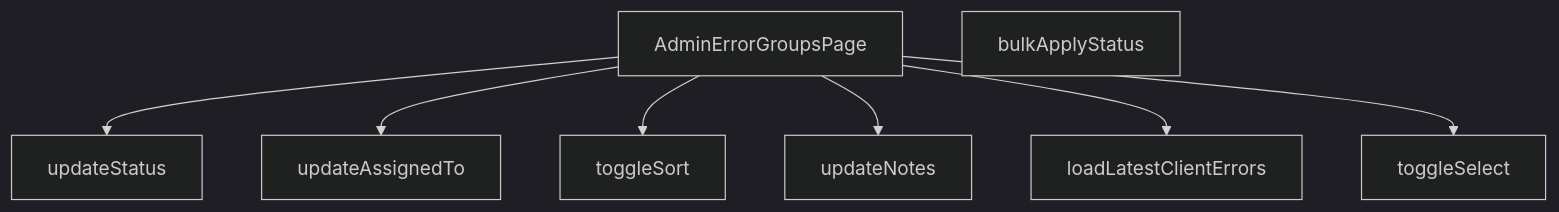
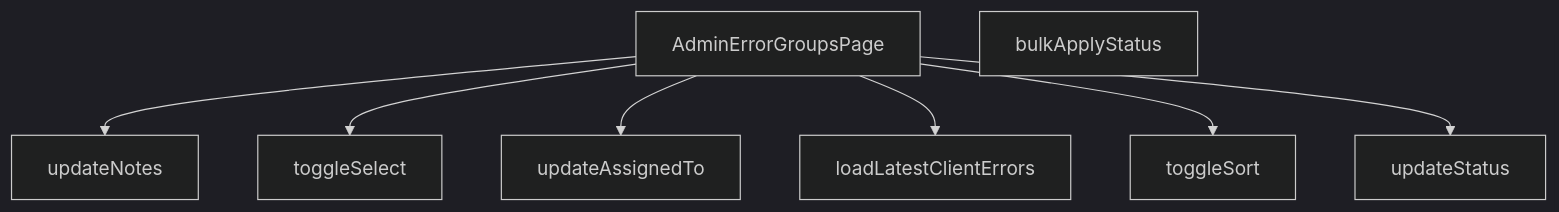
Before and after one commit to peckop/venthub-hvac-esite: the diagram in src/views/admin/AdminErrorGroupsPage.md, drawn with Mermaid (dark theme). The commit also changed other lines of this file and 88 other files, not shown here.

Commit message:
feat(saas): implement Phase 1 Foundation multi-tenancy core architecture

````diff
--- a/src/views/admin/AdminErrorGroupsPage.md
+++ b/src/views/admin/AdminErrorGroupsPage.md
@@ -361,17 +220,17 @@
 ```mermaid
 graph TD
     AdminErrorGroupsPage_tsx__AdminErrorGroupsPage["AdminErrorGroupsPage"]
     AdminErrorGroupsPage_tsx__bulkApplyStatus["bulkApplyStatus"]
     AdminErrorGroupsPage_tsx__loadLatestClientErrors["loadLatestClientErrors"]
     AdminErrorGroupsPage_tsx__toggleSelect["toggleSelect"]
     AdminErrorGroupsPage_tsx__toggleSort["toggleSort"]
     AdminErrorGroupsPage_tsx__updateAssignedTo["updateAssignedTo"]
     AdminErrorGroupsPage_tsx__updateNotes["updateNotes"]
     AdminErrorGroupsPage_tsx__updateStatus["updateStatus"]
+    AdminErrorGroupsPage_tsx__AdminErrorGroupsPage --> AdminErrorGroupsPage_tsx__updateNotes
+    AdminErrorGroupsPage_tsx__AdminErrorGroupsPage --> AdminErrorGroupsPage_tsx__toggleSelect
+    AdminErrorGroupsPage_tsx__AdminErrorGroupsPage --> AdminErrorGroupsPage_tsx__updateAssignedTo
+    AdminErrorGroupsPage_tsx__AdminErrorGroupsPage --> AdminErrorGroupsPage_tsx__loadLatestClientErrors
+    AdminErrorGroupsPage_tsx__AdminErrorGroupsPage --> AdminErrorGroupsPage_tsx__toggleSort
     AdminErrorGroupsPage_tsx__AdminErrorGroupsPage --> AdminErrorGroupsPage_tsx__updateStatus
-    AdminErrorGroupsPage_tsx__AdminErrorGroupsPage --> AdminErrorGroupsPage_tsx__updateAssignedTo
-    AdminErrorGroupsPage_tsx__AdminErrorGroupsPage --> AdminErrorGroupsPage_tsx__toggleSort
-    AdminErrorGroupsPage_tsx__AdminErrorGroupsPage --> AdminErrorGroupsPage_tsx__updateNotes
-    AdminErrorGroupsPage_tsx__AdminErrorGroupsPage --> AdminErrorGroupsPage_tsx__loadLatestClientErrors
-    AdminErrorGroupsPage_tsx__AdminErrorGroupsPage --> AdminErrorGroupsPage_tsx__toggleSelect
 ```
````
